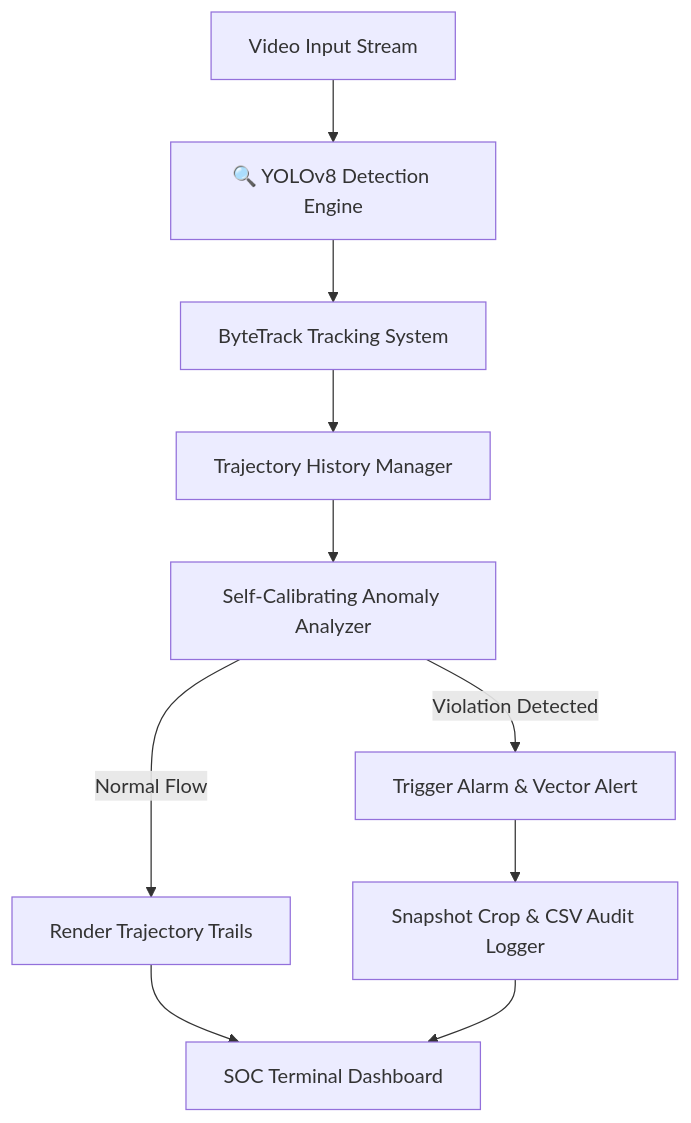
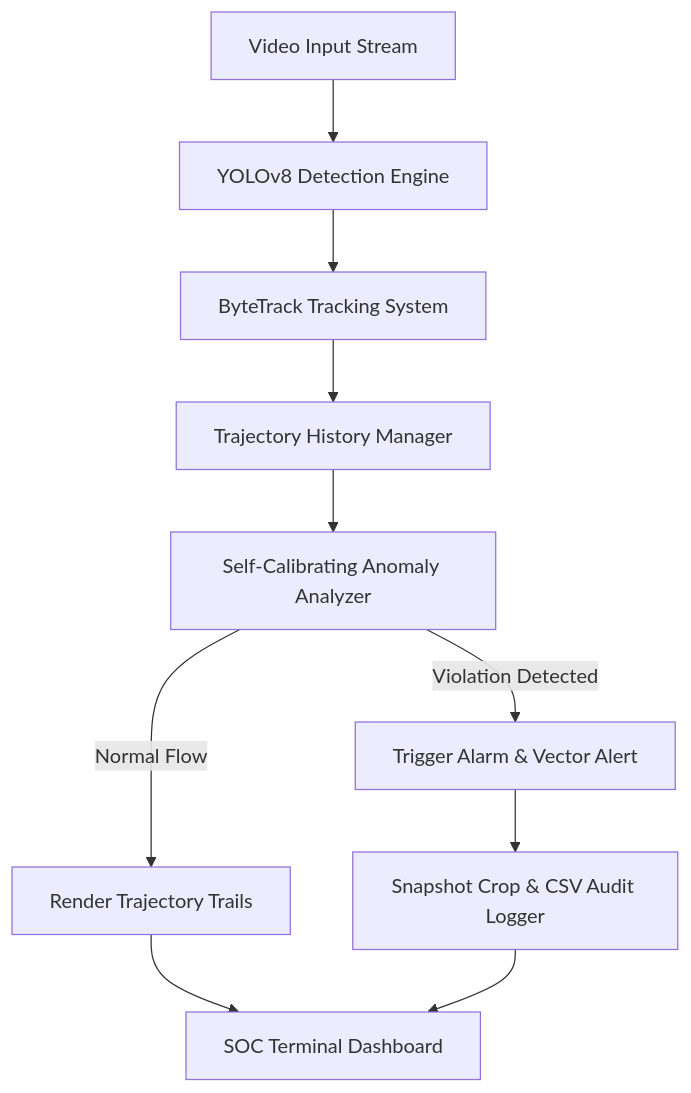
One commit to kritiray41/Wrong-Direction-Vehicle-Detection changed the diagram in README.md. Above: the diagram before and after it, drawn with Mermaid.

Commit message:
Update system architecture diagram in README
Removed emoji from YOLOv8 Detection Engine label in diagram.

````diff
--- a/README.md
+++ b/README.md
@@ -58,12 +58,12 @@
 ```mermaid
 flowchart TD
-    A[ Video Input Stream] --> B[🔍 YOLOv8 Detection Engine]
+    A[ Video Input Stream] --> B[ YOLOv8 Detection Engine]
     B --> C[ ByteTrack Tracking System]
     C --> D[ Trajectory History Manager]
     D --> E[ Self-Calibrating Anomaly Analyzer]
     E -->|Normal Flow| F[ Render Trajectory Trails]
     E -->|Violation Detected| G[ Trigger Alarm & Vector Alert]
     G --> H[ Snapshot Crop & CSV Audit Logger]
     F --> I[ SOC Terminal Dashboard]
     H --> I
 ```
````
